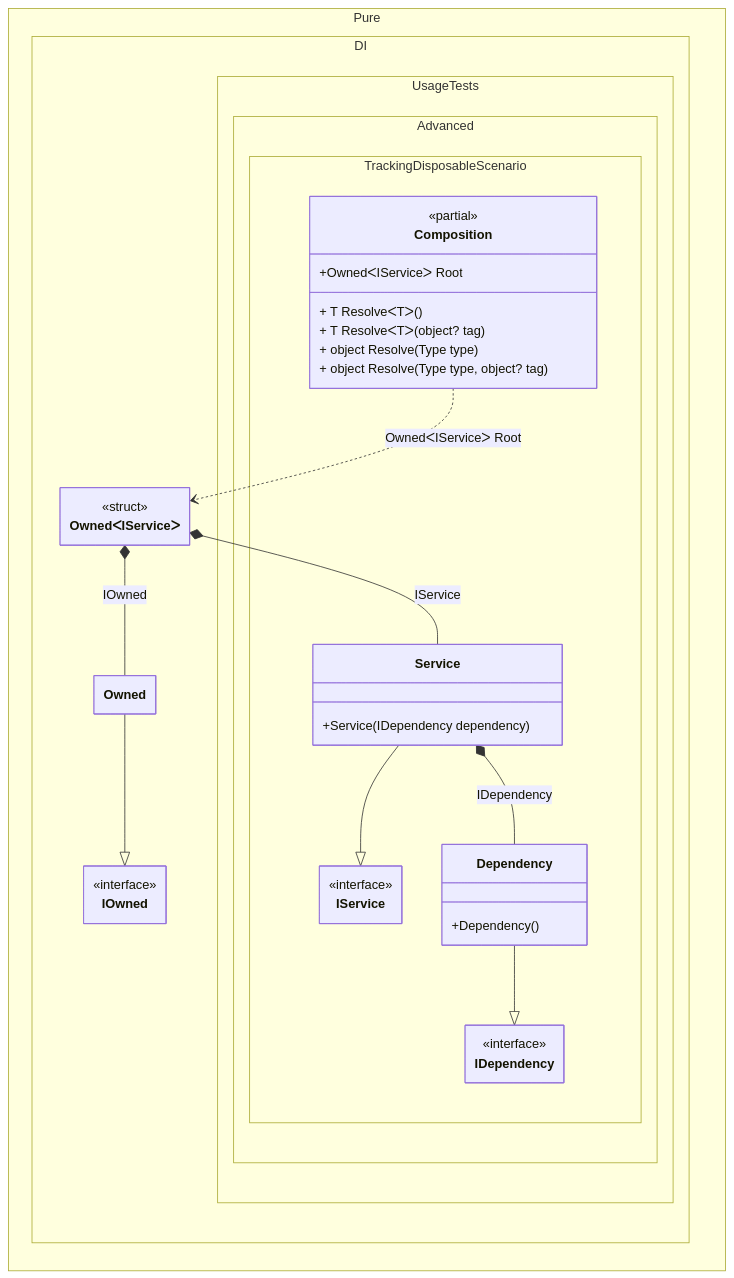
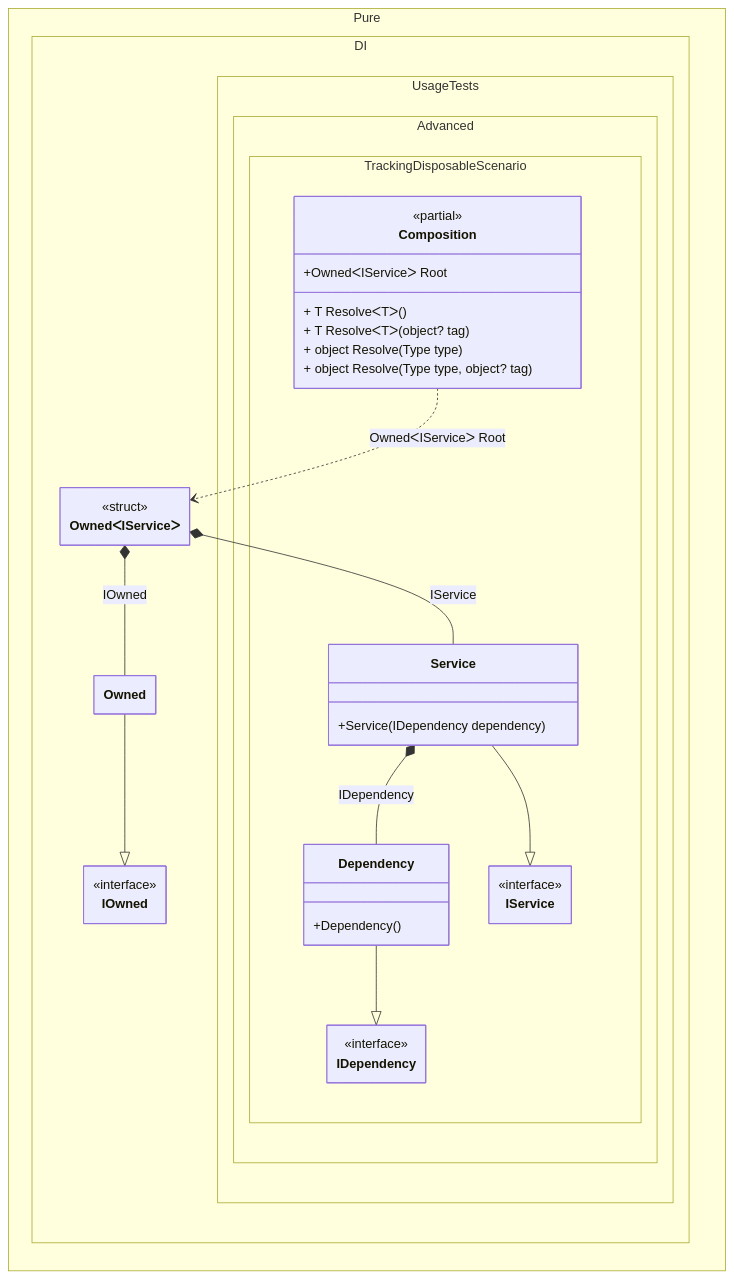
One commit to DevTeam/Pure.DI changed the diagram in readme/tracking-disposable-instances-per-a-composition-root.md. Above: the diagram before and after it, drawn with Mermaid. The commit also changed 113 other files, not shown here.

````diff
--- a/readme/tracking-disposable-instances-per-a-composition-root.md
+++ b/readme/tracking-disposable-instances-per-a-composition-root.md
@@ -191,47 +191,47 @@
 ```mermaid
 ---
  config:
   class:
    hideEmptyMembersBox: true
 ---
 classDiagram
 	Owned --|> IOwned
+	Dependency --|> IDependency
 	Service --|> IService
-	Dependency --|> IDependency
 	Composition ..> OwnedᐸIServiceᐳ : OwnedᐸIServiceᐳ Root
+	Service *--  Dependency : IDependency
 	OwnedᐸIServiceᐳ *--  Owned : IOwned
 	OwnedᐸIServiceᐳ *--  Service : IService
-	Service *--  Dependency : IDependency
 	namespace Pure.DI {
 		class IOwned {
 			<<interface>>
 		}
 		class Owned {
 		}
 		class OwnedᐸIServiceᐳ {
-			<<struct>>
+				<<struct>>
 		}
 	}
 	namespace Pure.DI.UsageTests.Advanced.TrackingDisposableScenario {
 		class Composition {
 		<<partial>>
 		+OwnedᐸIServiceᐳ Root
 		+ T ResolveᐸTᐳ()
 		+ T ResolveᐸTᐳ(object? tag)
 		+ object Resolve(Type type)
 		+ object Resolve(Type type, object? tag)
 		}
 		class Dependency {
 			+Dependency()
 		}
 		class IDependency {
 			<<interface>>
 		}
 		class IService {
 			<<interface>>
 		}
 		class Service {
 			+Service(IDependency dependency)
 		}
 	}
 ```
````
